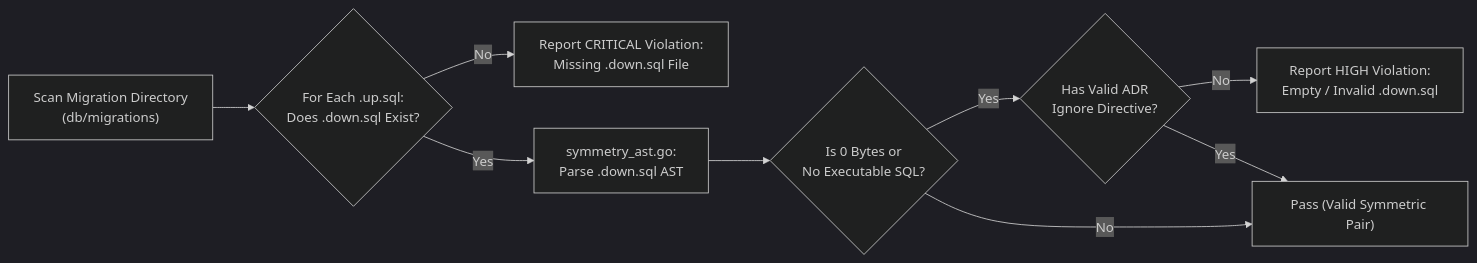
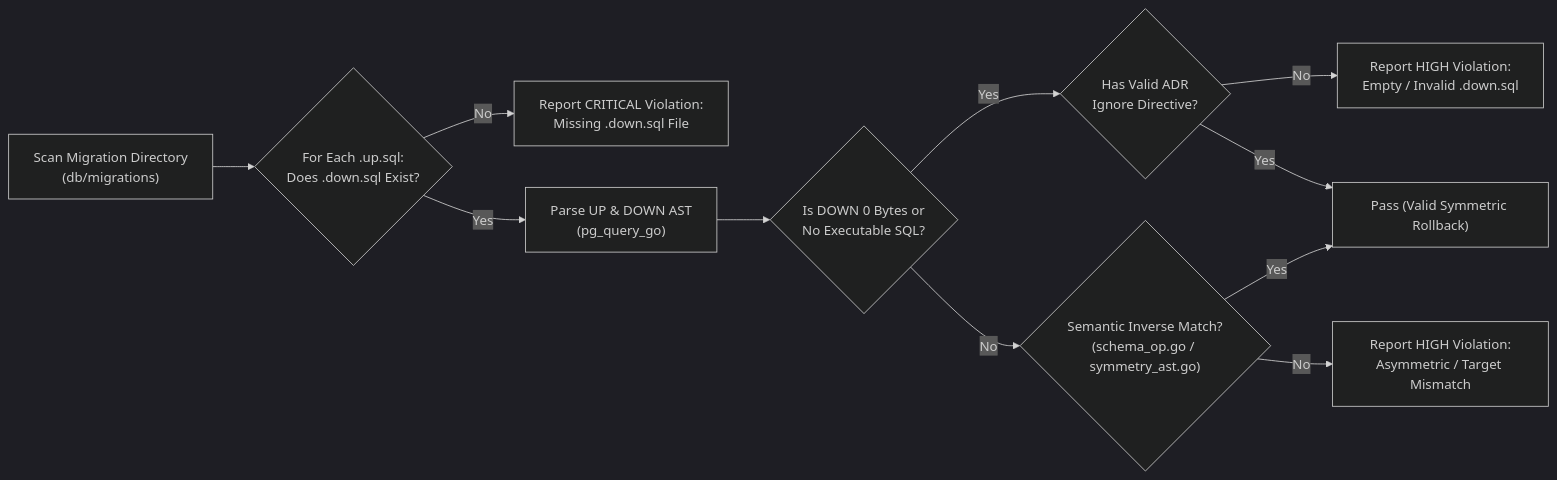
The second of 2 diagrams in wiki/ARGUS-A13.md (will2469/argus), drawn with Mermaid (dark theme) before and after one commit. The commit also changed other lines of this file and 15 other files, not shown here.

Commit message:
feat(a13): implement semantic inverse rollback engine and object symmetry verification

````diff
--- a/wiki/ARGUS-A13.md
+++ b/wiki/ARGUS-A13.md
@@ -70,11 +70,13 @@
 ```mermaid
 flowchart LR
     Scan["Scan Migration Directory<br/>(db/migrations)"] --> PairCheck{"For Each .up.sql:<br/>Does .down.sql Exist?"}
     PairCheck -->|No| ReportMissing["Report CRITICAL Violation:<br/>Missing .down.sql File"]
-    PairCheck -->|Yes| ReadDown["symmetry_ast.go:<br/>Parse .down.sql AST"]
-    ReadDown --> EmptyCheck{"Is 0 Bytes or<br/>No Executable SQL?"}
+    PairCheck -->|Yes| ReadDown["Parse UP & DOWN AST<br/>(pg_query_go)"]
+    ReadDown --> EmptyCheck{"Is DOWN 0 Bytes or<br/>No Executable SQL?"}
     EmptyCheck -->|Yes| TagCheck{"Has Valid ADR<br/>Ignore Directive?"}
     TagCheck -->|No| ReportEmpty["Report HIGH Violation:<br/>Empty / Invalid .down.sql"]
     TagCheck -->|Yes| Pass["Pass (Verified ADR Exemption)"]
-    EmptyCheck -->|No| Pass["Pass (Valid Symmetric Pair)"]
+    EmptyCheck -->|No| SymmetryCheck{"Semantic Inverse Match?<br/>(schema_op.go / symmetry_ast.go)"}
+    SymmetryCheck -->|No| ReportAsymmetric["Report HIGH Violation:<br/>Asymmetric / Target Mismatch"]
+    SymmetryCheck -->|Yes| Pass["Pass (Valid Symmetric Rollback)"]
 ```
````
